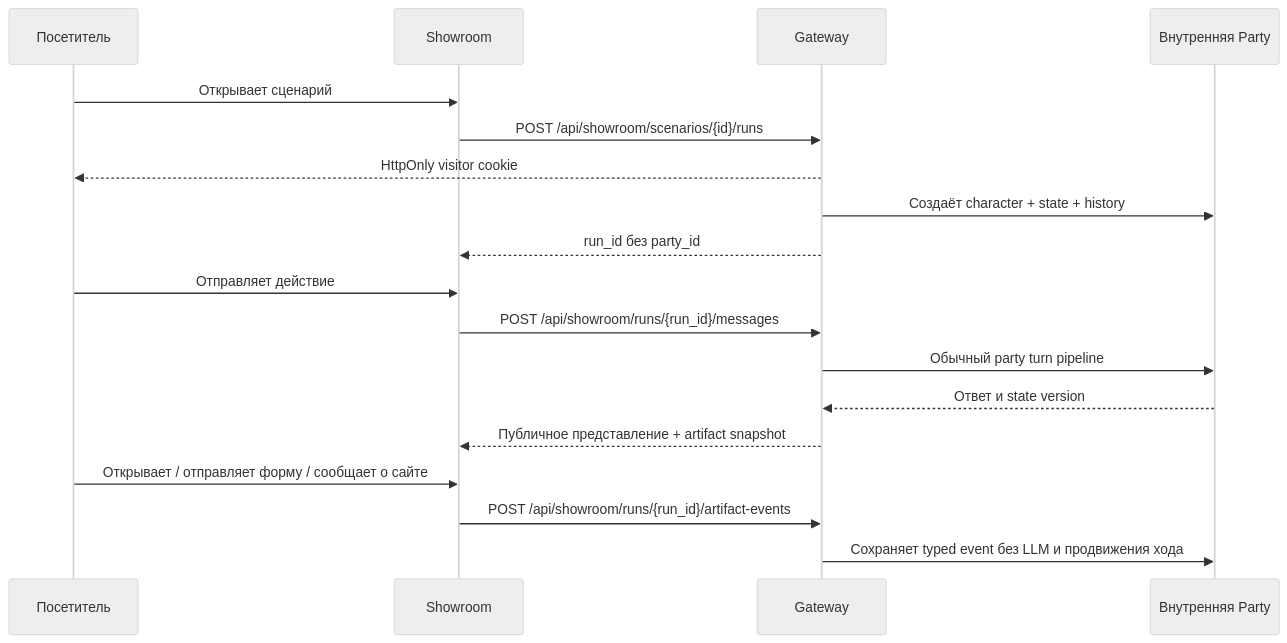
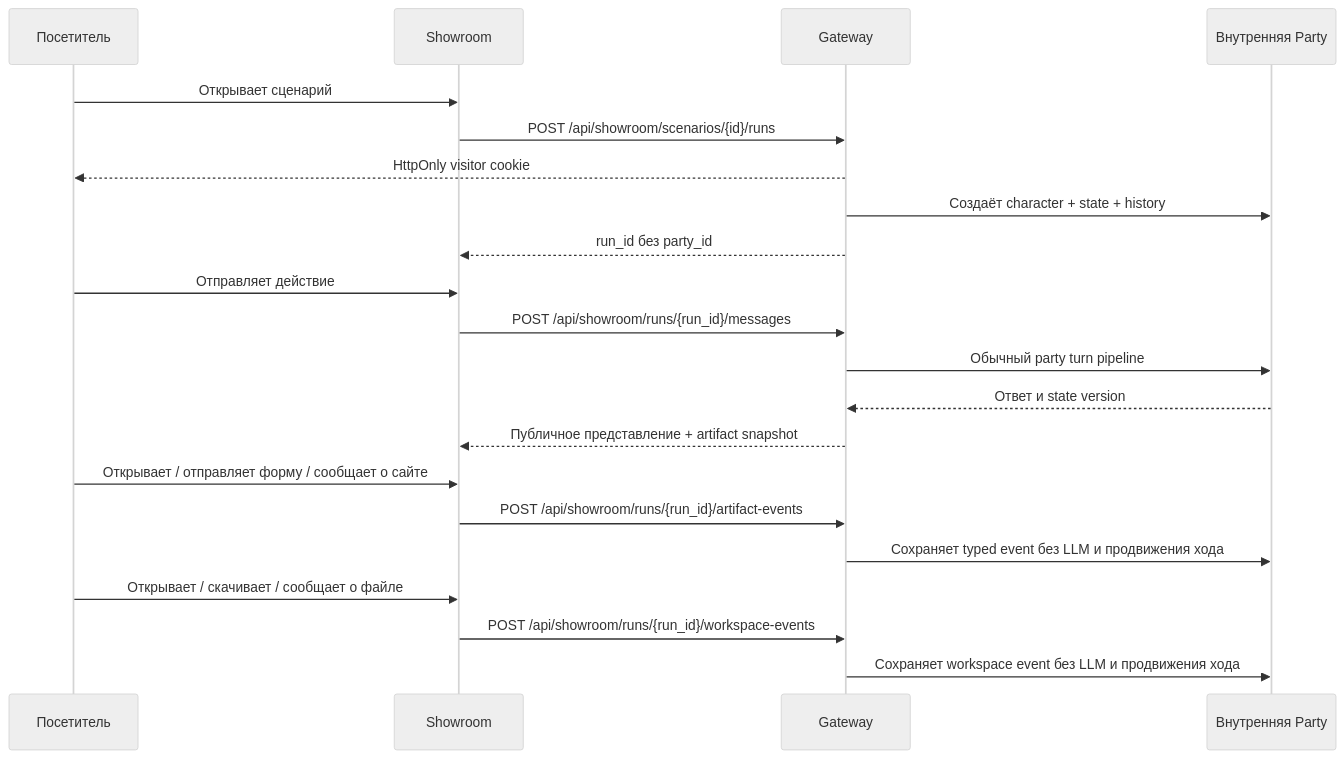
The diagram in docs/wiki/02-interfaces.md (abykovwww-byte/ubuntu_ansible_palybooks), drawn with Mermaid (neutral theme) before and after one commit. The commit also changed other lines of this file and 41 other files, not shown here.

````diff
--- a/docs/wiki/02-interfaces.md
+++ b/docs/wiki/02-interfaces.md
@@ -30,21 +30,24 @@
 ```mermaid
 sequenceDiagram
     participant Visitor as Посетитель
     participant UI as Showroom
     participant GW as Gateway
     participant Party as Внутренняя Party
 
     Visitor->>UI: Открывает сценарий
     UI->>GW: POST /api/showroom/scenarios/{id}/runs
     GW-->>Visitor: HttpOnly visitor cookie
     GW->>Party: Создаёт character + state + history
     GW-->>UI: run_id без party_id
     Visitor->>UI: Отправляет действие
     UI->>GW: POST /api/showroom/runs/{run_id}/messages
     GW->>Party: Обычный party turn pipeline
     Party-->>GW: Ответ и state version
     GW-->>UI: Публичное представление + artifact snapshot
     Visitor->>UI: Открывает / отправляет форму / сообщает о сайте
     UI->>GW: POST /api/showroom/runs/{run_id}/artifact-events
     GW->>Party: Сохраняет typed event без LLM и продвижения хода
+    Visitor->>UI: Открывает / скачивает / сообщает о файле
+    UI->>GW: POST /api/showroom/runs/{run_id}/workspace-events
+    GW->>Party: Сохраняет workspace event без LLM и продвижения хода
 ```
````
